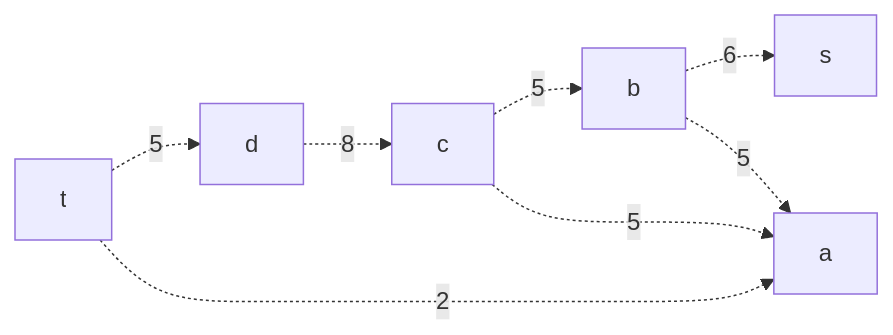
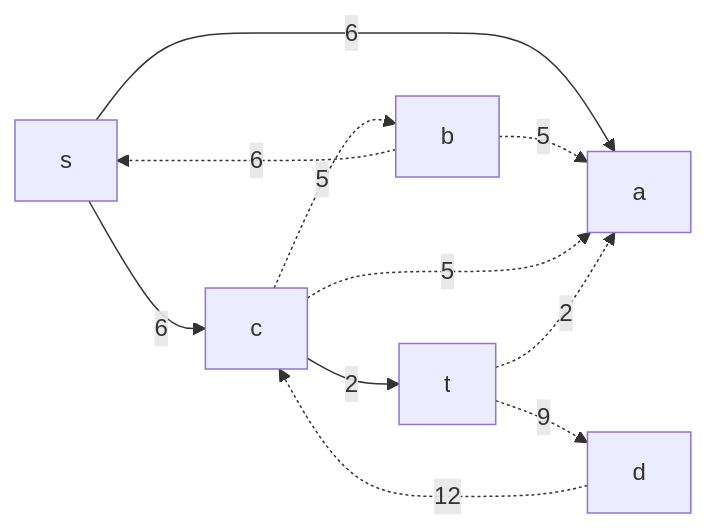
The ninth of 14 diagrams in task-9/tbd-v2.md (hse-algo-24-raven/manual-tasks-raven), drawn with Mermaid before and after one commit. The commit also changed other lines of this file, not shown here.

Commit message:
graphs fix

````diff
--- a/task-9/tbd-v2.md
+++ b/task-9/tbd-v2.md
@@ -138,10 +144,13 @@
 ```mermaid
 graph LR
+    s-->|6|a
     b-.->|6|s
+    s-->|6|c
     b-.->|5|a
     c-.->|5|b
-    d-.->|8|c
-    t-.->|5|d
+    d-.->|12|c
+    c-->|2|t
+    t-.->|9|d
     c-.->|5|a
     t-.->|2|a
 ```
````
